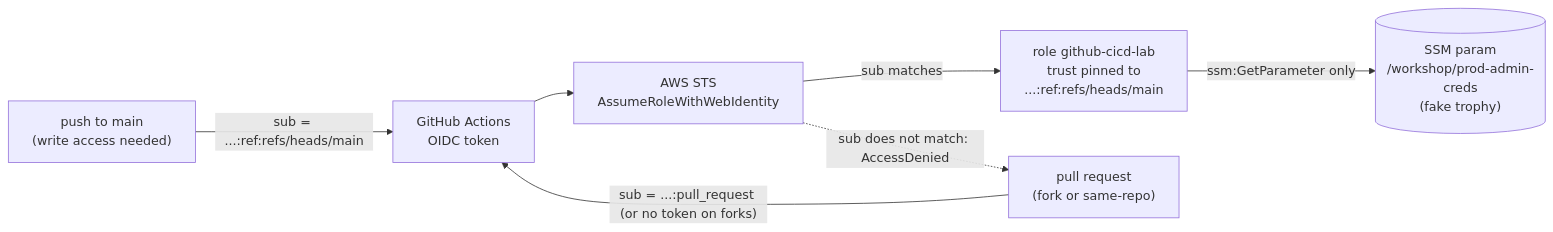
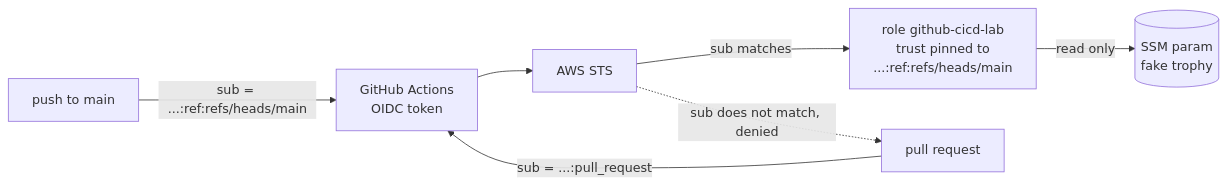
The diagram in docs/ARCHITECTURE.md (fr4nk3nst1ner/cicd-lab), drawn with Mermaid before and after one commit. The commit also changed other lines of this file and 4 other files, not shown here.

````diff
--- a/docs/ARCHITECTURE.md
+++ b/docs/ARCHITECTURE.md
@@ -3,16 +3,16 @@
 ```mermaid
 flowchart LR
-  push["push to main<br/>(write access needed)"]
-  pr["pull request<br/>(fork or same-repo)"]
+  push["push to main"]
+  pr["pull request"]
   gha["GitHub Actions<br/>OIDC token"]
-  sts["AWS STS<br/>AssumeRoleWithWebIdentity"]
+  sts["AWS STS"]
   role["role github-cicd-lab<br/>trust pinned to<br/>...:ref:refs/heads/main"]
-  loot[("SSM param<br/>/workshop/prod-admin-creds<br/>(fake trophy)")]
+  loot[("SSM param<br/>fake trophy")]
 
   push -->|"sub = ...:ref:refs/heads/main"| gha
-  pr -->|"sub = ...:pull_request (or no token on forks)"| gha
+  pr -->|"sub = ...:pull_request"| gha
   gha --> sts
   sts -->|"sub matches"| role
-  sts -.->|"sub does not match: AccessDenied"| pr
-  role -->|"ssm:GetParameter only"| loot
+  sts -.->|"sub does not match, denied"| pr
+  role -->|"read only"| loot
 ```
````
